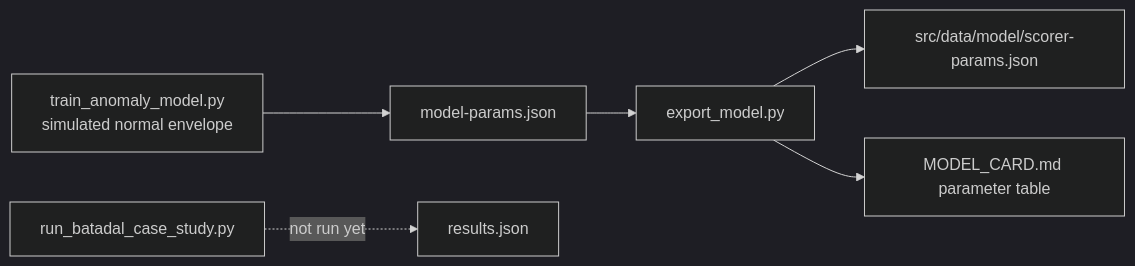
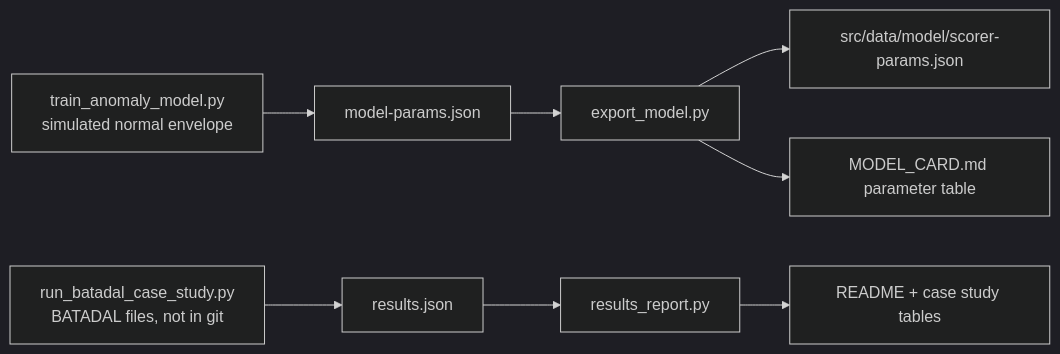
One commit to senanurcetin/ot-sentinel changed the second of 3 diagrams in docs/architecture.md. Above: the diagram before and after it, drawn with Mermaid (dark theme). The commit also changed other lines of this file and 22 other files, not shown here.

````diff
--- a/docs/architecture.md
+++ b/docs/architecture.md
@@ -43,8 +43,10 @@
 ```mermaid
 flowchart LR
   T[train_anomaly_model.py<br/>simulated normal envelope] --> MP[model-params.json]
   MP --> E[export_model.py]
   E --> J[src/data/model/scorer-params.json]
   E --> MC[MODEL_CARD.md parameter table]
-  B[run_batadal_case_study.py] -. "not run yet" .-> RJ[results.json]
+  B[run_batadal_case_study.py<br/>BATADAL files, not in git] --> RJ[results.json]
+  RJ --> RR[results_report.py]
+  RR --> RM[README + case study tables]
 ```
````
